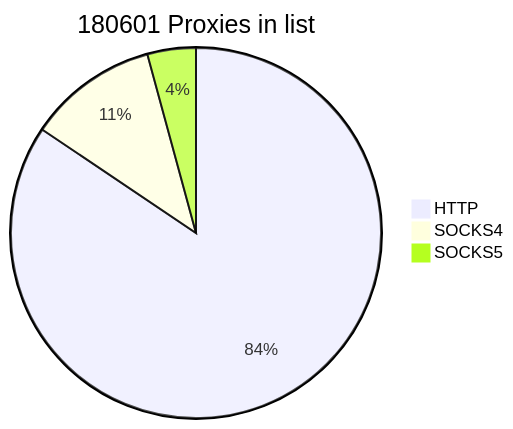
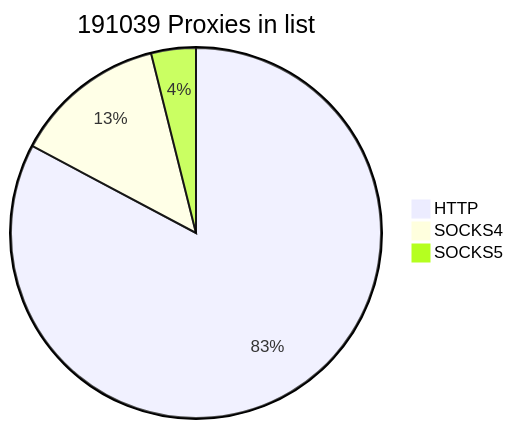
Before and after one commit to cutipu/proxylist: the first of 2 diagrams in README.md, drawn with Mermaid. The commit also changed other lines of this file, not shown here.

````diff
--- a/README.md
+++ b/README.md
@@ -2,7 +2,7 @@
 ```mermaid
-pie title 180601 Proxies in list
-    "HTTP" : 152468
-    "SOCKS4" : 20495
-    "SOCKS5" : 7638
+pie title 191039 Proxies in list
+    "HTTP" : 158143
+    "SOCKS4" : 25444
+    "SOCKS5" : 7452
             
 ```
````
